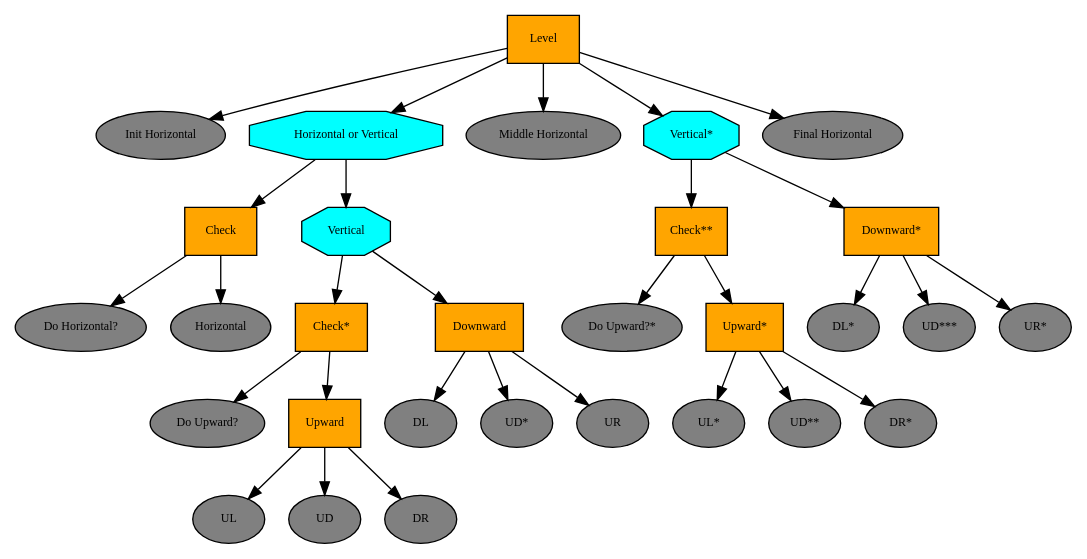
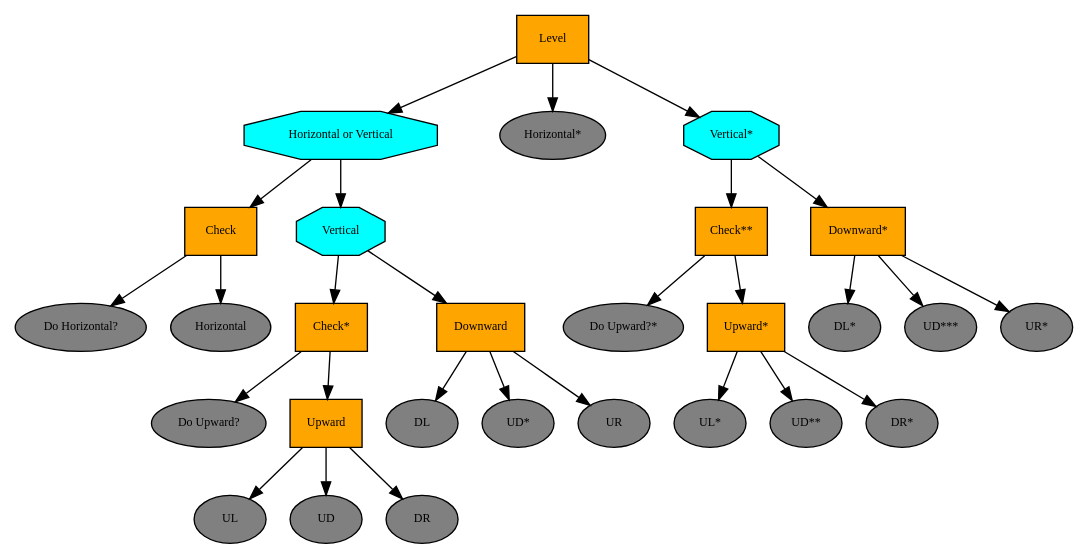
One commit to riffsircar/PCGBT changed the diagram in level.dot. Above: the diagram before and after it, drawn with Graphviz. The commit also changed 426 other files, not shown here.

```diff
--- a/level.dot
+++ b/level.dot
@@ -1,65 +1,61 @@
 digraph pastafarianism {
 ordering=out;
 graph [fontname="times-roman"];
 node [fontname="times-roman"];
 edge [fontname="times-roman"];
 Level [fillcolor=orange, fontcolor=black, fontsize=9, label=Level, shape=box, style=filled];
-"Init Horizontal" [fillcolor=gray, fontcolor=black, fontsize=9, label="Init Horizontal", shape=ellipse, style=filled];
-Level -> "Init Horizontal";
 "Horizontal or Vertical" [fillcolor=cyan, fontcolor=black, fontsize=9, label="Horizontal or Vertical", shape=octagon, style=filled];
 Level -> "Horizontal or Vertical";
 Check [fillcolor=orange, fontcolor=black, fontsize=9, label=Check, shape=box, style=filled];
 "Horizontal or Vertical" -> Check;
 "Do Horizontal?" [fillcolor=gray, fontcolor=black, fontsize=9, label="Do Horizontal?", shape=ellipse, style=filled];
 Check -> "Do Horizontal?";
 Horizontal [fillcolor=gray, fontcolor=black, fontsize=9, label=Horizontal, shape=ellipse, style=filled];
 Check -> Horizontal;
 Vertical [fillcolor=cyan, fontcolor=black, fontsize=9, label=Vertical, shape=octagon, style=filled];
 "Horizontal or Vertical" -> Vertical;
 "Check*" [fillcolor=orange, fontcolor=black, fontsize=9, label="Check*", shape=box, style=filled];
 Vertical -> "Check*";
 "Do Upward?" [fillcolor=gray, fontcolor=black, fontsize=9, label="Do Upward?", shape=ellipse, style=filled];
 "Check*" -> "Do Upward?";
 Upward [fillcolor=orange, fontcolor=black, fontsize=9, label=Upward, shape=box, style=filled];
 "Check*" -> Upward;
 UL [fillcolor=gray, fontcolor=black, fontsize=9, label=UL, shape=ellipse, style=filled];
 Upward -> UL;
 UD [fillcolor=gray, fontcolor=black, fontsize=9, label=UD, shape=ellipse, style=filled];
 Upward -> UD;
 DR [fillcolor=gray, fontcolor=black, fontsize=9, label=DR, shape=ellipse, style=filled];
 Upward -> DR;
 Downward [fillcolor=orange, fontcolor=black, fontsize=9, label=Downward, shape=box, style=filled];
 Vertical -> Downward;
 DL [fillcolor=gray, fontcolor=black, fontsize=9, label=DL, shape=ellipse, style=filled];
 Downward -> DL;
 "UD*" [fillcolor=gray, fontcolor=black, fontsize=9, label="UD*", shape=ellipse, style=filled];
 Downward -> "UD*";
 UR [fillcolor=gray, fontcolor=black, fontsize=9, label=UR, shape=ellipse, style=filled];
 Downward -> UR;
-"Middle Horizontal" [fillcolor=gray, fontcolor=black, fontsize=9, label="Middle Horizontal", shape=ellipse, style=filled];
-Level -> "Middle Horizontal";
+"Horizontal*" [fillcolor=gray, fontcolor=black, fontsize=9, label="Horizontal*", shape=ellipse, style=filled];
+Level -> "Horizontal*";
 "Vertical*" [fillcolor=cyan, fontcolor=black, fontsize=9, label="Vertical*", shape=octagon, style=filled];
 Level -> "Vertical*";
 "Check**" [fillcolor=orange, fontcolor=black, fontsize=9, label="Check**", shape=box, style=filled];
 "Vertical*" -> "Check**";
 "Do Upward?*" [fillcolor=gray, fontcolor=black, fontsize=9, label="Do Upward?*", shape=ellipse, style=filled];
 "Check**" -> "Do Upward?*";
 "Upward*" [fillcolor=orange, fontcolor=black, fontsize=9, label="Upward*", shape=box, style=filled];
 "Check**" -> "Upward*";
 "UL*" [fillcolor=gray, fontcolor=black, fontsize=9, label="UL*", shape=ellipse, style=filled];
 "Upward*" -> "UL*";
 "UD**" [fillcolor=gray, fontcolor=black, fontsize=9, label="UD**", shape=ellipse, style=filled];
 "Upward*" -> "UD**";
 "DR*" [fillcolor=gray, fontcolor=black, fontsize=9, label="DR*", shape=ellipse, style=filled];
 "Upward*" -> "DR*";
 "Downward*" [fillcolor=orange, fontcolor=black, fontsize=9, label="Downward*", shape=box, style=filled];
 "Vertical*" -> "Downward*";
 "DL*" [fillcolor=gray, fontcolor=black, fontsize=9, label="DL*", shape=ellipse, style=filled];
 "Downward*" -> "DL*";
 "UD***" [fillcolor=gray, fontcolor=black, fontsize=9, label="UD***", shape=ellipse, style=filled];
 "Downward*" -> "UD***";
 "UR*" [fillcolor=gray, fontcolor=black, fontsize=9, label="UR*", shape=ellipse, style=filled];
 "Downward*" -> "UR*";
-"Final Horizontal" [fillcolor=gray, fontcolor=black, fontsize=9, label="Final Horizontal", shape=ellipse, style=filled];
-Level -> "Final Horizontal";
 }
```
